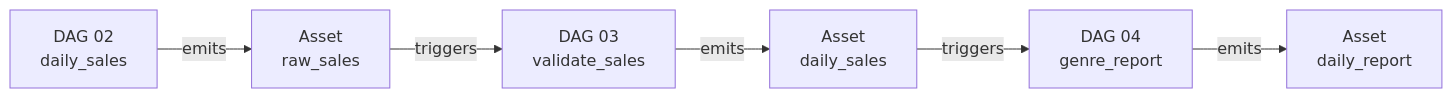
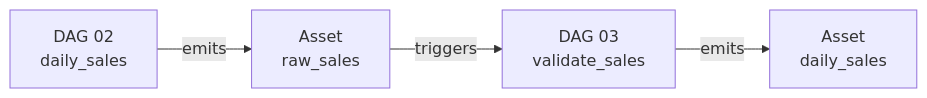
Before and after one commit to thelearningdev/airlfow-workshop: the first of 2 diagrams in slides/pages/module-4.md, drawn with Mermaid. The commit also changed other lines of this file and 30 other files, not shown here.

````diff
--- a/slides/pages/module-4.md
+++ b/slides/pages/module-4.md
@@ -49,8 +126,6 @@
 ```mermaid
 flowchart LR
     D2["DAG 02\ndaily_sales"] -->|"emits"| RS["Asset\nraw_sales"]
     RS -->|"triggers"| D3["DAG 03\nvalidate_sales"]
     D3 -->|"emits"| DS["Asset\ndaily_sales"]
-    DS -->|"triggers"| D4["DAG 04\ngenre_report"]
-    D4 -->|"emits"| DR["Asset\ndaily_report"]
 ```
````
